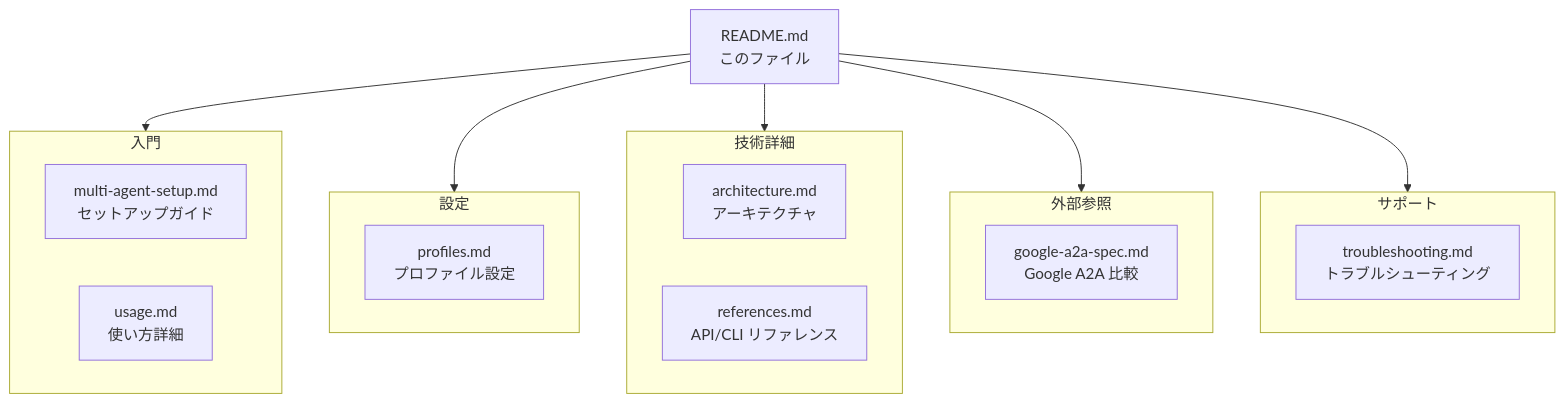
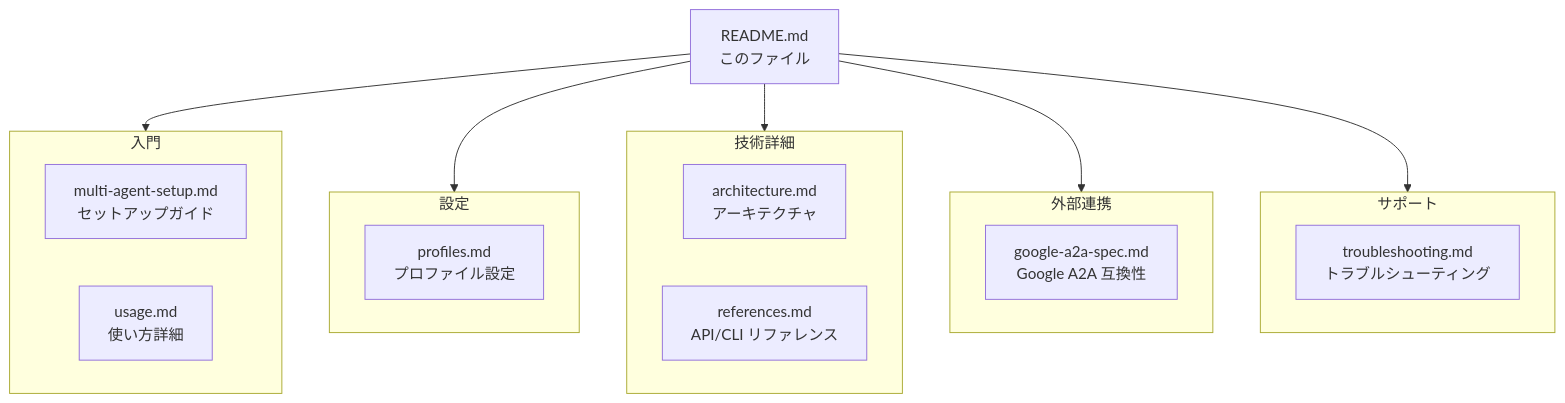
One commit to s-hiraoku/synapse-a2a changed the diagram in guides/README.md. Above: the diagram before and after it, drawn with Mermaid. The commit also changed other lines of this file and 5 other files, not shown here.

First line of the commit message:
Update documentation for external Google A2A agent support

````diff
--- a/guides/README.md
+++ b/guides/README.md
@@ -9,32 +9,32 @@
 ```mermaid
 flowchart TD
     README["README.md<br/>このファイル"]
 
     subgraph Getting_Started["入門"]
         Setup["multi-agent-setup.md<br/>セットアップガイド"]
         Usage["usage.md<br/>使い方詳細"]
     end
 
     subgraph Configuration["設定"]
         Profiles["profiles.md<br/>プロファイル設定"]
     end
 
     subgraph Technical["技術詳細"]
         Arch["architecture.md<br/>アーキテクチャ"]
         Refs["references.md<br/>API/CLI リファレンス"]
     end
 
-    subgraph External["外部参照"]
-        Google["google-a2a-spec.md<br/>Google A2A 比較"]
+    subgraph External["外部連携"]
+        Google["google-a2a-spec.md<br/>Google A2A 互換性"]
     end
 
     subgraph Support["サポート"]
         Trouble["troubleshooting.md<br/>トラブルシューティング"]
     end
 
     README --> Getting_Started
     README --> Configuration
     README --> Technical
     README --> External
     README --> Support
 ```
````
